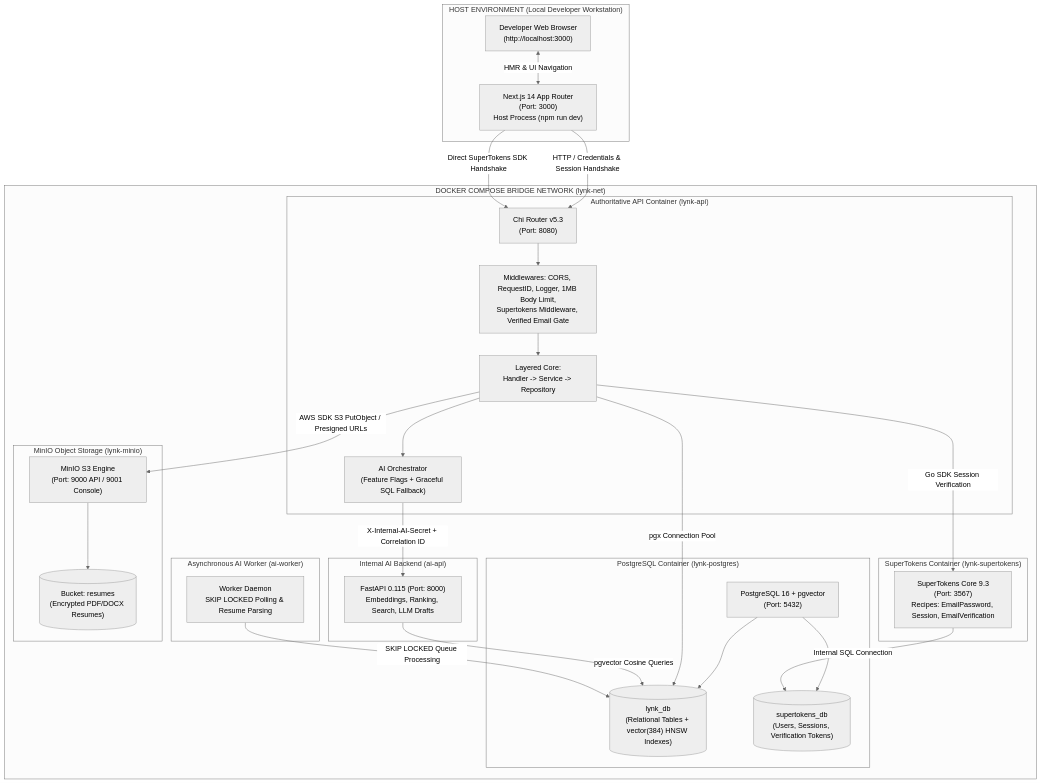
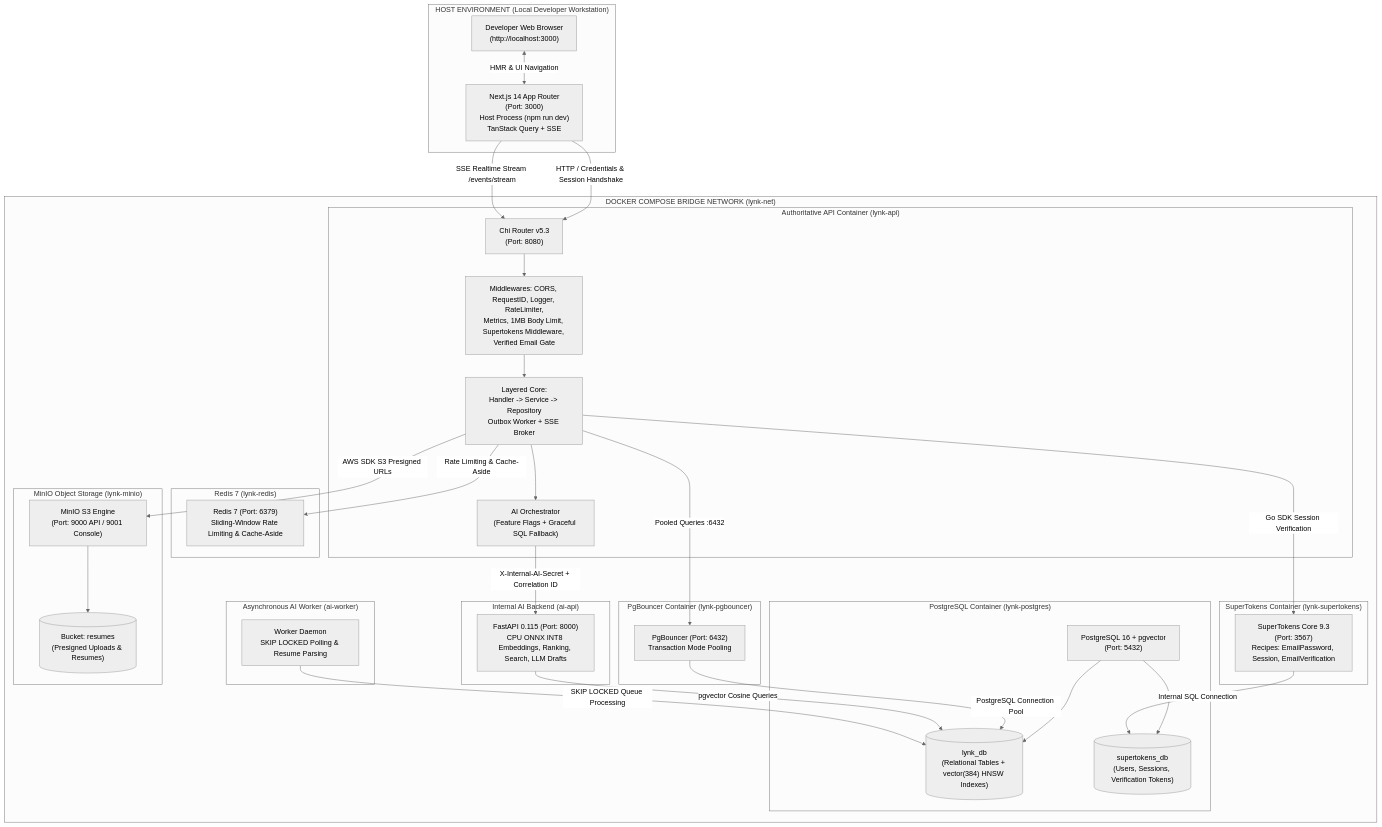
Before and after one commit to BIJJUDAMA/Lynk: the first of 2 diagrams in docs/README.md, drawn with Mermaid (neutral theme). The commit also changed other lines of this file and 4 other files, not shown here.

Commit message:
docs: update system architecture, database ERD, and OpenAPI specs for production hardening

````diff
--- a/docs/README.md
+++ b/docs/README.md
@@ -78,56 +80,66 @@
 ```mermaid
 flowchart TB
     subgraph HostEnvironment["HOST ENVIRONMENT (Local Developer Workstation)"]
-        FE["Next.js 14 App Router<br/>(Port: 3000)<br/>Host Process (npm run dev)"]
+        FE["Next.js 14 App Router<br/>(Port: 3000)<br/>Host Process (npm run dev)<br/>TanStack Query + SSE"]
         Browser["Developer Web Browser<br/>(http://localhost:3000)"]
         Browser <-->|HMR & UI Navigation| FE
     end
 
     subgraph DockerBridge["DOCKER COMPOSE BRIDGE NETWORK (lynk-net)"]
         subgraph APIContainer["Authoritative API Container (lynk-api)"]
             Router["Chi Router v5.3<br/>(Port: 8080)"]
-            Middlewares["Middlewares: CORS, RequestID, Logger, 1MB Body Limit,<br/>Supertokens Middleware, Verified Email Gate"]
-            Handlers["Layered Core:<br/>Handler -> Service -> Repository"]
+            Middlewares["Middlewares: CORS, RequestID, Logger, RateLimiter,<br/>Metrics, 1MB Body Limit, Supertokens Middleware, Verified Email Gate"]
+            Handlers["Layered Core:<br/>Handler -> Service -> Repository<br/>Outbox Worker + SSE Broker"]
             Orchestrator["AI Orchestrator<br/>(Feature Flags + Graceful SQL Fallback)"]
             Router --> Middlewares --> Handlers
             Handlers --> Orchestrator
         end
 
+        subgraph RedisContainer["Redis 7 (lynk-redis)"]
+            Redis["Redis 7 (Port: 6379)<br/>Sliding-Window Rate Limiting & Cache-Aside"]
+        end
+
         subgraph AIContainer["Internal AI Backend (ai-api)"]
-            FastAPI["FastAPI 0.115 (Port: 8000)<br/>Embeddings, Ranking, Search, LLM Drafts"]
+            FastAPI["FastAPI 0.115 (Port: 8000)<br/>CPU ONNX INT8 Embeddings, Ranking, Search, LLM Drafts"]
         end
 
         subgraph WorkerContainer["Asynchronous AI Worker (ai-worker)"]
             AIWorker["Worker Daemon<br/>SKIP LOCKED Polling & Resume Parsing"]
         end
 
         subgraph IAMContainer["SuperTokens Container (lynk-supertokens)"]
             STCore["SuperTokens Core 9.3<br/>(Port: 3567)<br/>Recipes: EmailPassword, Session, EmailVerification"]
+        end
+
+        subgraph PoolContainer["PgBouncer Container (lynk-pgbouncer)"]
+            PGB["PgBouncer (Port: 6432)<br/>Transaction Mode Pooling"]
         end
 
         subgraph DBContainer["PostgreSQL Container (lynk-postgres)"]
             Postgres["PostgreSQL 16 + pgvector<br/>(Port: 5432)"]
             AppDB[("lynk_db<br/>(Relational Tables + vector(384) HNSW Indexes)")]
             AuthDB[("supertokens_db<br/>(Users, Sessions, Verification Tokens)")]
             Postgres --> AppDB
             Postgres --> AuthDB
         end
 
         subgraph S3Container["MinIO Object Storage (lynk-minio)"]
             MinIO["MinIO S3 Engine<br/>(Port: 9000 API / 9001 Console)"]
-            ResumeBucket[("Bucket: resumes<br/>(Encrypted PDF/DOCX Resumes)")]
+            ResumeBucket[("Bucket: resumes<br/>(Presigned Uploads & Resumes)")]
             MinIO --> ResumeBucket
         end
     end
 
     %% Network Connections
     FE -->|HTTP / Credentials & Session Handshake| Router
-    FE -->|Direct SuperTokens SDK Handshake| Router
+    FE -->|SSE Realtime Stream /events/stream| Router
+    Handlers -->|Rate Limiting & Cache-Aside| Redis
     Handlers -->|Go SDK Session Verification| STCore
     STCore -->|Internal SQL Connection| AuthDB
-    Handlers -->|pgx Connection Pool| AppDB
-    Handlers -->|AWS SDK S3 PutObject / Presigned URLs| MinIO
+    Handlers -->|Pooled Queries :6432| PGB
+    PGB -->|PostgreSQL Connection Pool| AppDB
+    Handlers -->|AWS SDK S3 Presigned URLs| MinIO
     Orchestrator -->|X-Internal-AI-Secret + Correlation ID| FastAPI
     FastAPI -->|pgvector Cosine Queries| AppDB
     AIWorker -->|SKIP LOCKED Queue Processing| AppDB
 ```
````
